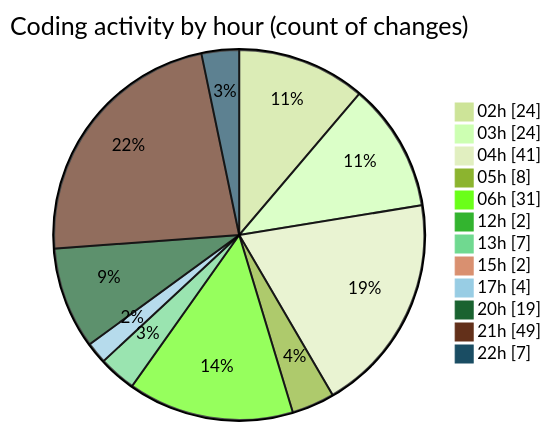
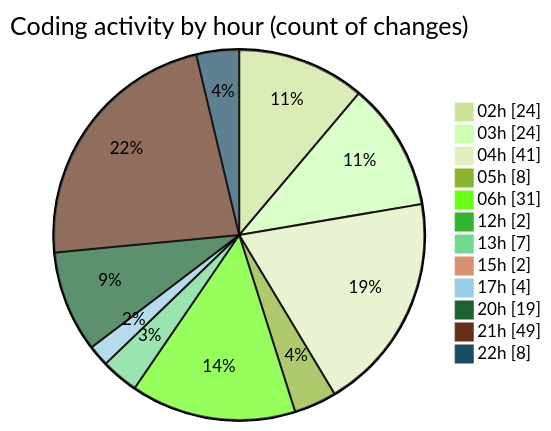
The second of 2 diagrams in 2025-07-23/quanlyrapchieuphim/README.md (lephambinh05/code-tracking), drawn with Mermaid (forest theme) before and after one commit. The commit also changed other lines of this file and 1 other file, not shown here.

````diff
--- a/2025-07-23/quanlyrapchieuphim/README.md
+++ b/2025-07-23/quanlyrapchieuphim/README.md
@@ -44,16 +44,16 @@
 ```mermaid
 pie showData
 title Coding activity by hour (count of changes)
 "02h" : 24
 "03h" : 24
 "04h" : 41
 "05h" : 8
 "06h" : 31
 "12h" : 2
 "13h" : 7
 "15h" : 2
 "17h" : 4
 "20h" : 19
 "21h" : 49
-"22h" : 7
+"22h" : 8
 ```
````
